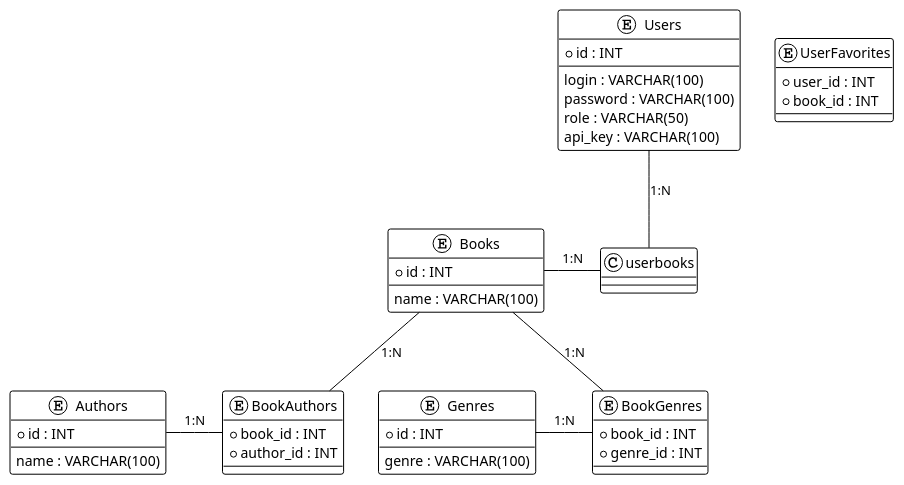
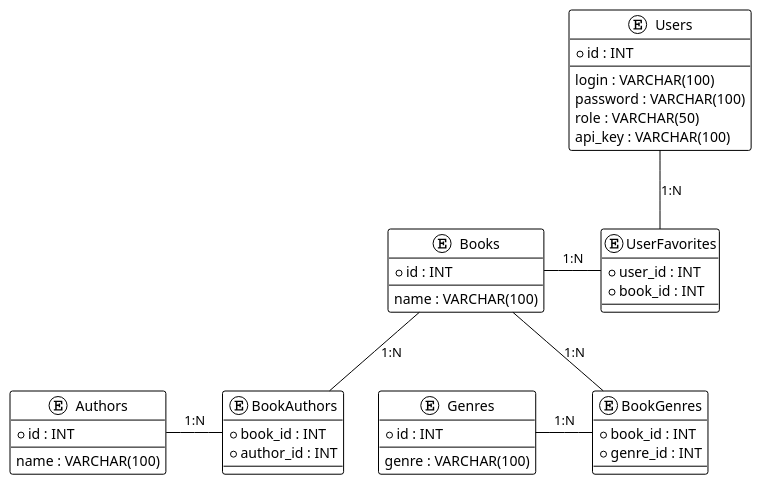
The diagram in uml/ERDiagram.puml (idSynth/OnlineLibraryAPI), drawn with PlantUML before and after one commit.

```diff
--- a/uml/ERDiagram.puml
+++ b/uml/ERDiagram.puml
@@ -1,51 +1,51 @@
 @startuml
 !theme plain
 entity "Users" as users {
   + id : INT
   --
   login : VARCHAR(100)
   password : VARCHAR(100)
   role : VARCHAR(50)
   api_key : VARCHAR(100)
 }
 
 entity "Books" as books {
   + id : INT
   --
   name : VARCHAR(100)
 }
 
 entity "Authors" as authors {
   + id : INT
   --
   name : VARCHAR(100)
 }
 
 entity "Genres" as genres {
   + id : INT
   --
   genre : VARCHAR(100)
 }
 
 entity "BookAuthors" as bookauthors {
   + book_id : INT
   + author_id : INT
 }
 
 entity "BookGenres" as bookgenres {
   + book_id : INT
   + genre_id : INT
 }
 
 entity "UserFavorites" as userfavorites {
   + user_id : INT
   + book_id : INT
 }
 
-users -- userbooks : "1:N"
-books - userbooks : "1:N"
+users -- userfavorites : "1:N"
+books - userfavorites : "1:N"
 books -- bookauthors : "1:N"
 authors - bookauthors : "1:N"
 books -- bookgenres : "1:N"
 genres - bookgenres : "1:N"
 @enduml
```
